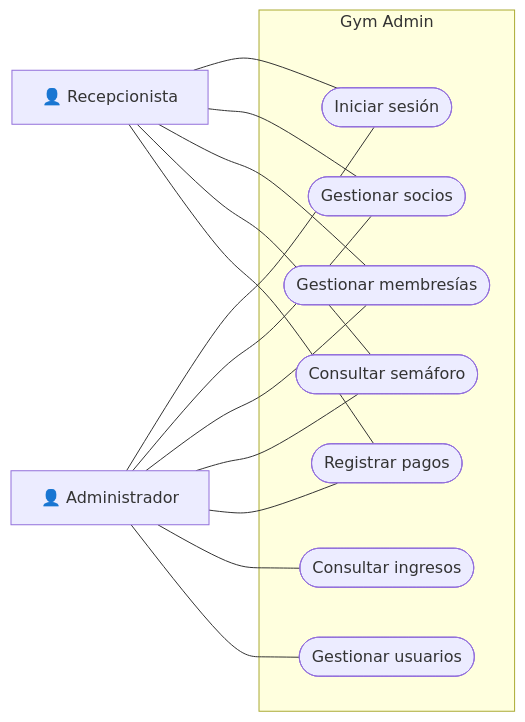
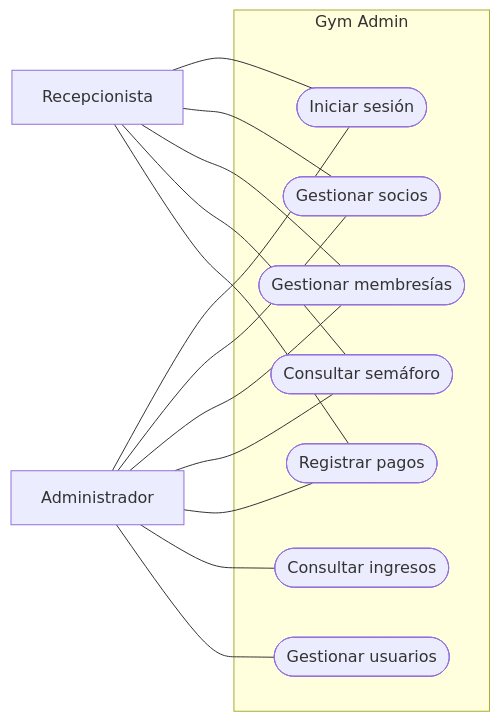
The diagram in 02-Casos-de-Uso/casos-de-uso.md (Demian101104/Gym-Admin), drawn with Mermaid before and after one commit.

````diff
--- a/02-Casos-de-Uso/casos-de-uso.md
+++ b/02-Casos-de-Uso/casos-de-uso.md
@@ -7,29 +7,29 @@
 ```mermaid
 flowchart LR
-    A["👤 Administrador"]
-    R["👤 Recepcionista"]
+    A["Administrador"]
+    R["Recepcionista"]
 
     subgraph S["Gym Admin"]
         UC1(["Iniciar sesión"])
         UC2(["Gestionar socios"])
         UC3(["Gestionar membresías"])
         UC4(["Consultar semáforo"])
         UC5(["Registrar pagos"])
         UC6(["Consultar ingresos"])
         UC7(["Gestionar usuarios"])
     end
 
     A --- UC1
     A --- UC2
     A --- UC3
     A --- UC4
     A --- UC5
     A --- UC6
     A --- UC7
 
     R --- UC1
     R --- UC2
     R --- UC3
     R --- UC4
     R --- UC5
 ```
````
